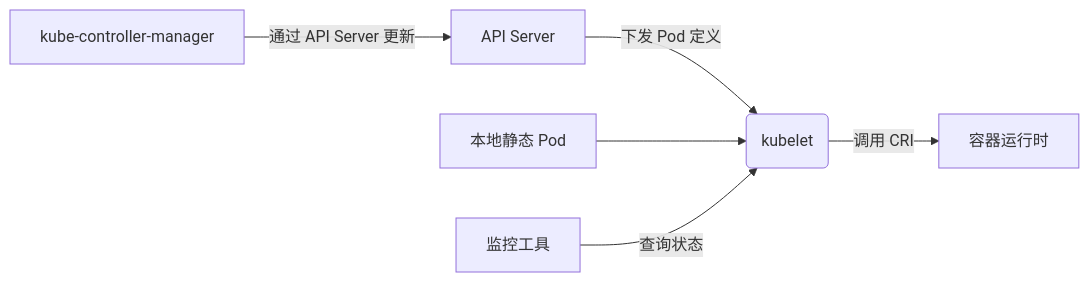
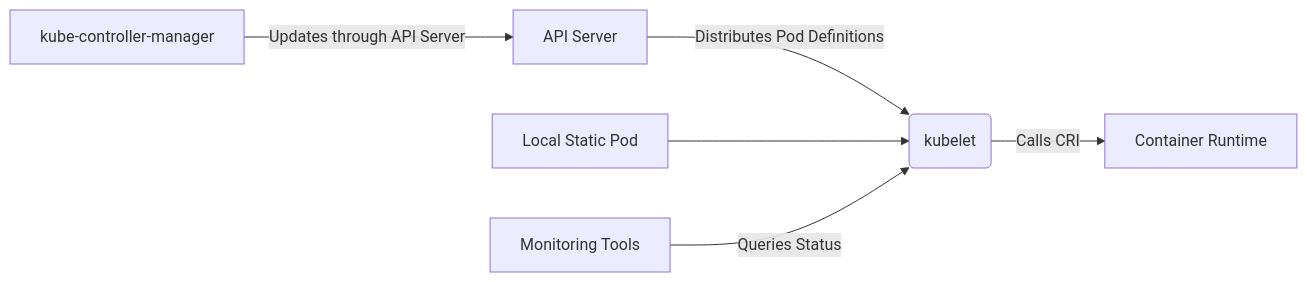
The first of 2 diagrams in files/kubelet-intro.md (liweinan/deepseek-answers), drawn with Mermaid before and after one commit. The commit also changed other lines of this file and 135 other files, not shown here.

````diff
--- a/files/kubelet-intro.md
+++ b/files/kubelet-intro.md
@@ -55,8 +55,8 @@
 ```mermaid
 graph LR
-  A[API Server] -->|下发 Pod 定义| B(kubelet)
-  C[kube-controller-manager] -->|通过 API Server 更新| A
-  B -->|调用 CRI| D[容器运行时]
-  E[本地静态 Pod] --> B
-  F[监控工具] -->|查询状态| B
+  A[API Server] -->|Distributes Pod Definitions| B(kubelet)
+C[kube-controller-manager] -->|Updates through API Server| A
+B -->|Calls CRI| D[Container Runtime]
+E[Local Static Pod] --> B
+F[Monitoring Tools] -->|Queries Status| B
 ```
````
